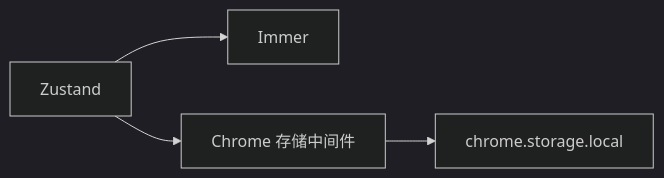
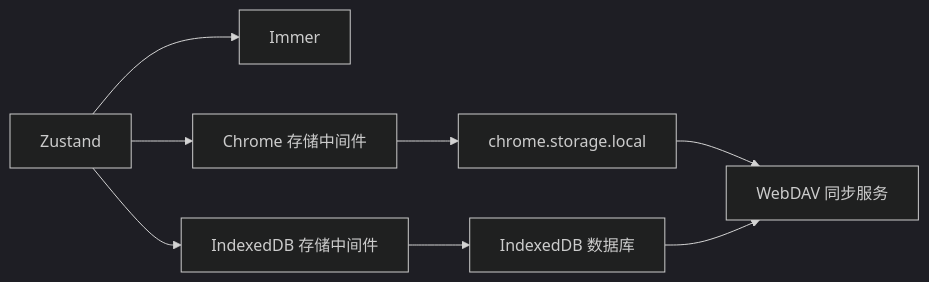
Diagram 11 of 11 in .qoder/repowiki/zh/content/架构设计/状态管理设计.md (RadiumAg/bilibili-favorites), drawn with Mermaid (dark theme) before and after one commit. The commit also changed other lines of this file and 2 other files, not shown here.

````diff
--- a/.qoder/repowiki/zh/content/架构设计/状态管理设计.md
+++ b/.qoder/repowiki/zh/content/架构设计/状态管理设计.md
@@ -318,6 +463,10 @@
 ```mermaid
 graph LR
 Z["Zustand"] --> I["Immer"]
 Z --> C["Chrome 存储中间件"]
-C --> S["chrome.storage.local"]
+Z --> IDB["IndexedDB 存储中间件"]
+C --> S1["chrome.storage.local"]
+IDB --> S2["IndexedDB 数据库"]
+S1 --> W["WebDAV 同步服务"]
+S2 --> W
 ```
````
